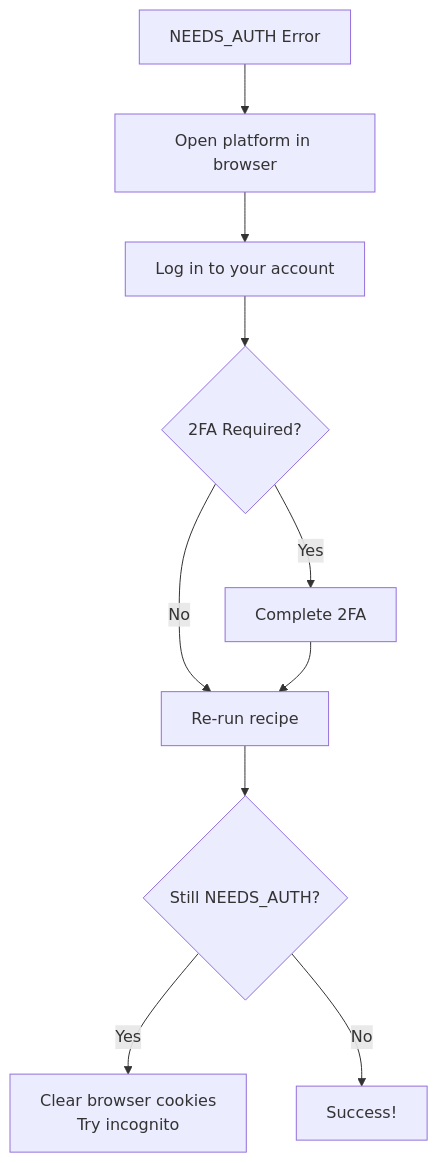
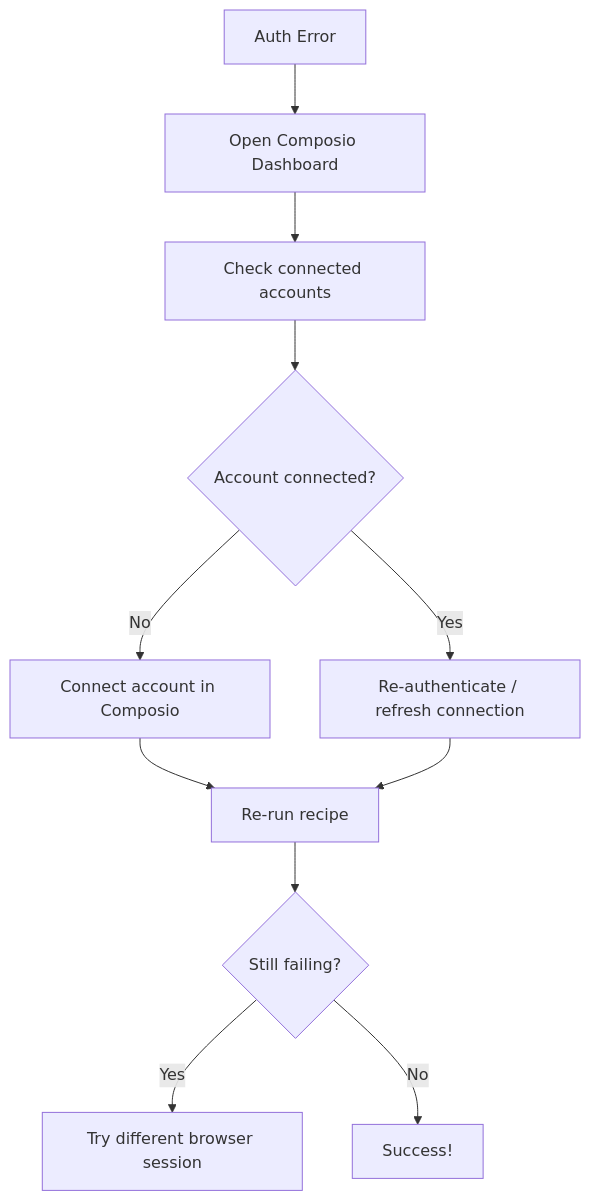
One commit to Coffee-Code-Philly-Accelerator/CCP-Digital-Marketing changed the first of 2 diagrams in docs/troubleshooting.md. Above: the diagram before and after it, drawn with Mermaid. The commit also changed other lines of this file and 83 other files, not shown here.

````diff
--- a/docs/troubleshooting.md
+++ b/docs/troubleshooting.md
@@ -23,12 +25,13 @@
 ```mermaid
 flowchart TD
-    A[NEEDS_AUTH Error] --> B[Open platform in browser]
-    B --> C[Log in to your account]
-    C --> D{2FA Required?}
-    D -->|Yes| E[Complete 2FA]
-    D -->|No| F[Re-run recipe]
-    E --> F
-    F --> G{Still NEEDS_AUTH?}
-    G -->|Yes| H[Clear browser cookies<br/>Try incognito]
-    G -->|No| I[Success!]
+    A[Auth Error] --> B[Open Composio Dashboard]
+    B --> C[Check connected accounts]
+    C --> D{Account connected?}
+    D -->|No| E[Connect account in Composio]
+    D -->|Yes| F[Re-authenticate / refresh connection]
+    E --> G[Re-run recipe]
+    F --> G
+    G --> H{Still failing?}
+    H -->|Yes| I[Try different browser session]
+    H -->|No| J[Success!]
 ```
````
